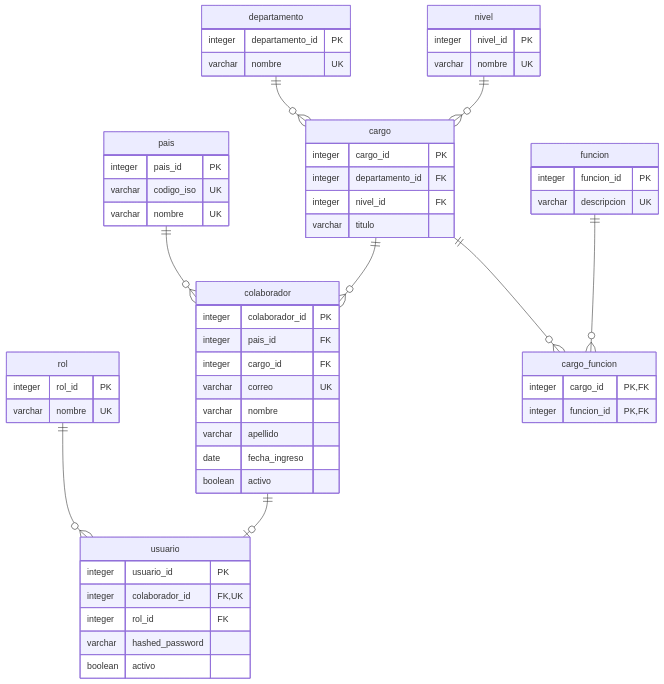
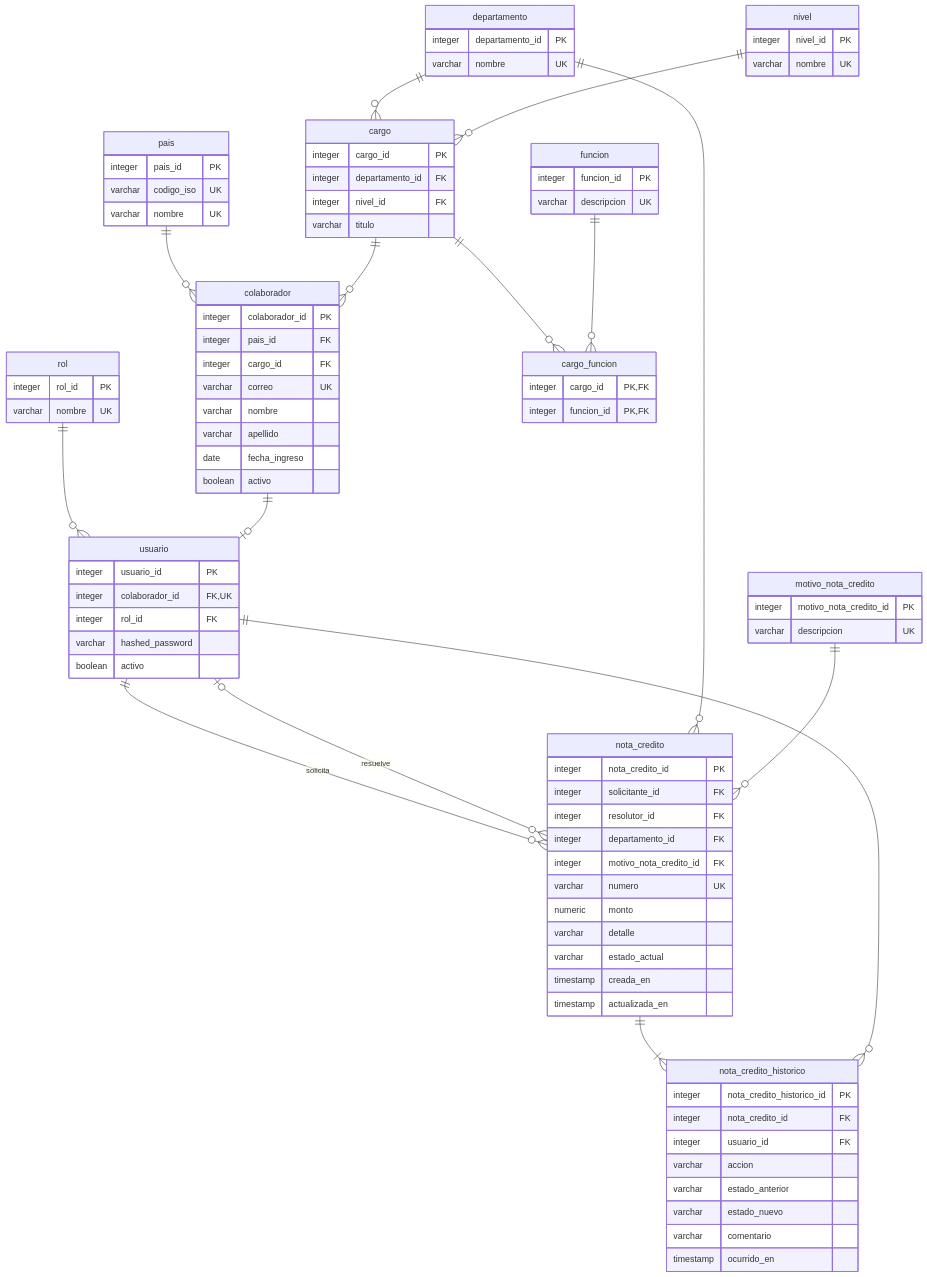
Before and after one commit to SergioRod21/vp-finanzas: the diagram in docs/modelo-datos/erd.md, drawn with Mermaid. The commit also changed other lines of this file and 1 other file, not shown here.

Commit message:
docs(modelo): agregar entidades del módulo de notas de crédito al ERD

````diff
--- a/docs/modelo-datos/erd.md
+++ b/docs/modelo-datos/erd.md
@@ -26,6 +29,12 @@
     nivel        ||--o{ cargo         : ""
     cargo        ||--o{ cargo_funcion : ""
     funcion      ||--o{ cargo_funcion : ""
+    usuario      ||--o{ nota_credito  : "solicita"
+    usuario      |o--o{ nota_credito  : "resuelve"
+    departamento ||--o{ nota_credito  : ""
+    motivo_nota_credito ||--o{ nota_credito : ""
+    nota_credito ||--|{ nota_credito_historico : ""
+    usuario      ||--o{ nota_credito_historico : ""
 
     pais {
         integer pais_id PK
@@ -75,4 +84,31 @@
         integer funcion_id PK
         varchar descripcion UK
     }
+    motivo_nota_credito {
+        integer motivo_nota_credito_id PK
+        varchar descripcion UK
+    }
+    nota_credito {
+        integer nota_credito_id PK
+        integer solicitante_id FK
+        integer resolutor_id FK
+        integer departamento_id FK
+        integer motivo_nota_credito_id FK
+        varchar numero UK
+        numeric monto
+        varchar detalle
+        varchar estado_actual
+        timestamp creada_en
+        timestamp actualizada_en
+    }
+    nota_credito_historico {
+        integer nota_credito_historico_id PK
+        integer nota_credito_id FK
+        integer usuario_id FK
+        varchar accion
+        varchar estado_anterior
+        varchar estado_nuevo
+        varchar comentario
+        timestamp ocurrido_en
+    }
 ```
````
